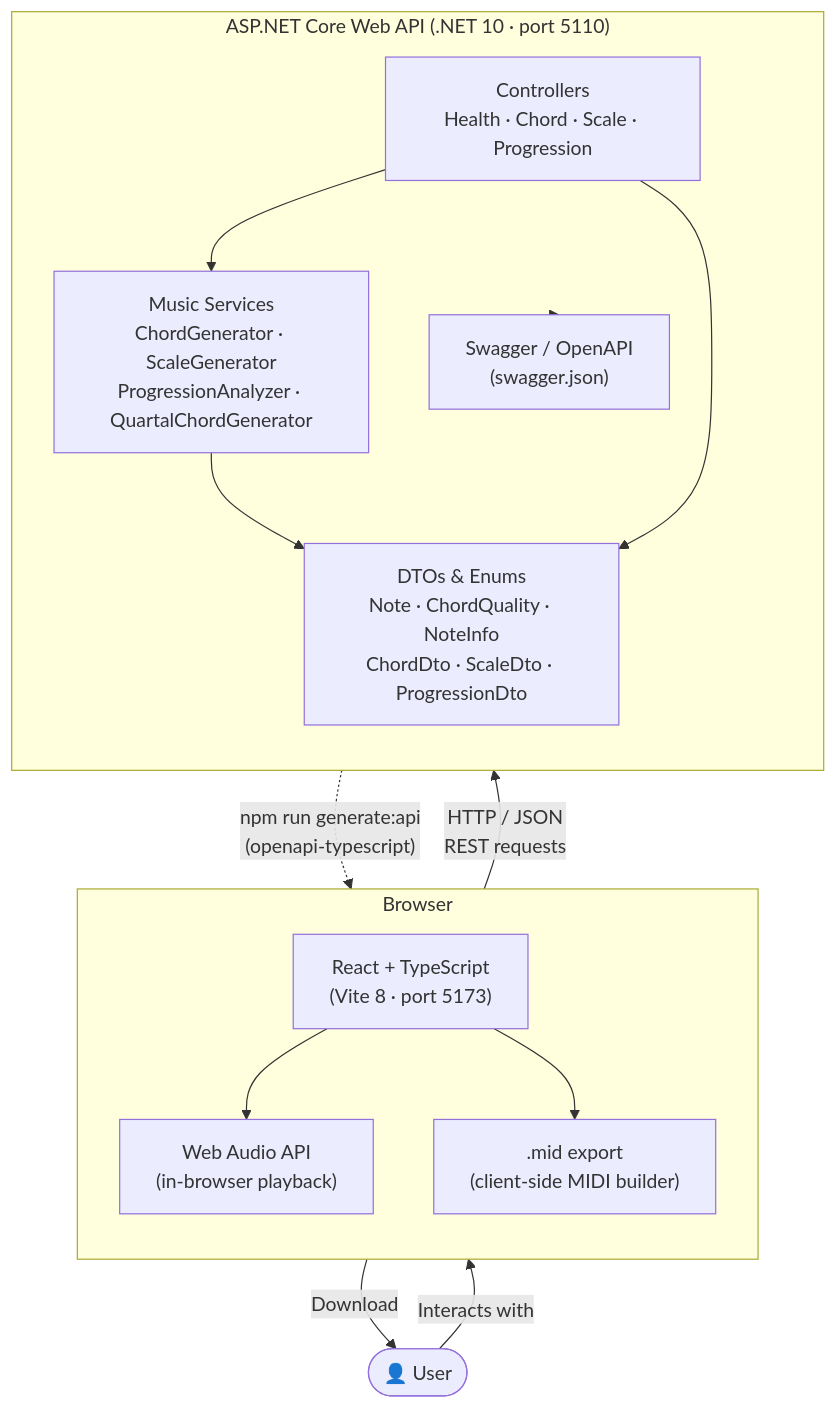
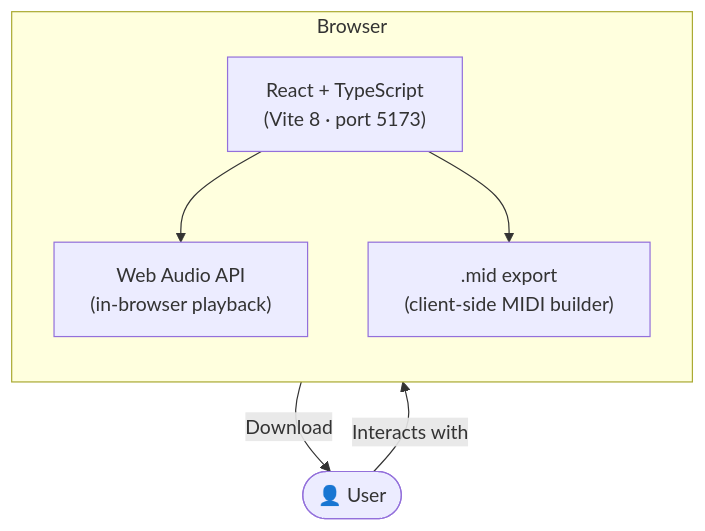
One commit to JWWade/midi-progression-editor changed the diagram in docs/architecture/system-overview.md. Above: the diagram before and after it, drawn with Mermaid. The commit also changed other lines of this file and 80 other files, not shown here.

Commit message:
Remove .NET backend for standalone frontend

````diff
--- a/docs/architecture/system-overview.md
+++ b/docs/architecture/system-overview.md
@@ -5,28 +5,14 @@
 ```mermaid
 flowchart TD
     subgraph Browser["Browser"]
         direction TB
         UI["React + TypeScript\n(Vite 8 · port 5173)"]
         AudioCtx["Web Audio API\n(in-browser playback)"]
         MIDIFile[".mid export\n(client-side MIDI builder)"]
     end
 
-    subgraph Backend["ASP.NET Core Web API (.NET 10 · port 5110)"]
-        direction TB
-        Controllers["Controllers\nHealth · Chord · Scale · Progression"]
-        Services["Music Services\nChordGenerator · ScaleGenerator\nProgressionAnalyzer · QuartalChordGenerator"]
-        Models["DTOs & Enums\nNote · ChordQuality · NoteInfo\nChordDto · ScaleDto · ProgressionDto"]
-        Swagger["Swagger / OpenAPI\n(swagger.json)"]
-    end
-
     User(["👤 User"]) -->|"Interacts with"| UI
-    UI -->|"HTTP / JSON\nREST requests"| Controllers
-    Controllers --> Services
-    Services --> Models
-    Controllers --> Models
-    Backend --> Swagger
-    Swagger -.->|"npm run generate:api\n(openapi-typescript)"| UI
     UI --> AudioCtx
     UI --> MIDIFile
     MIDIFile -->|"Download"| User
 ```
````
